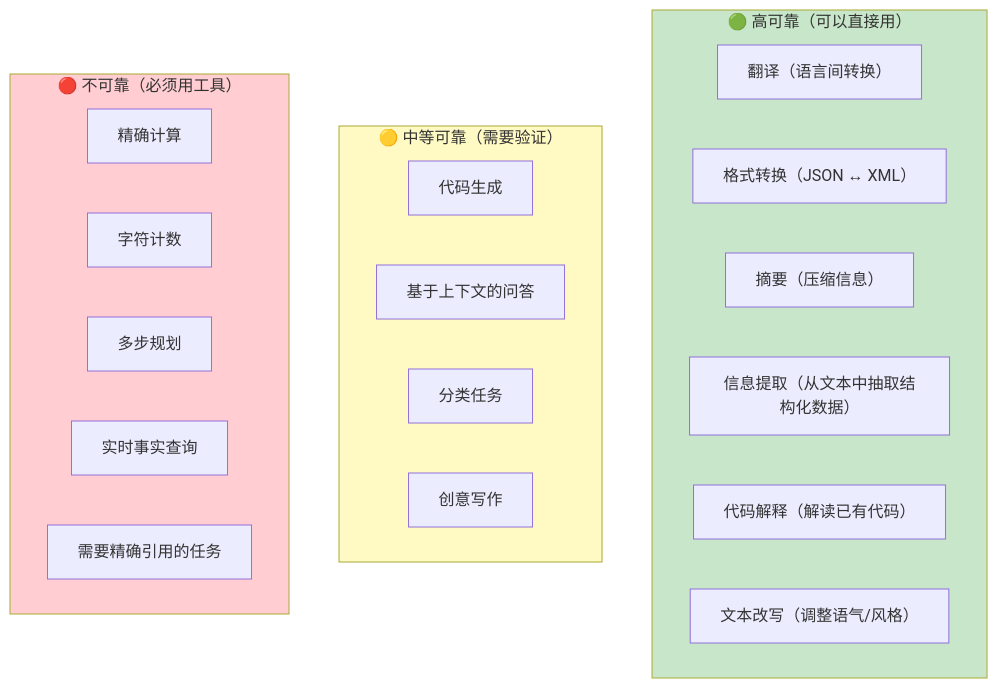
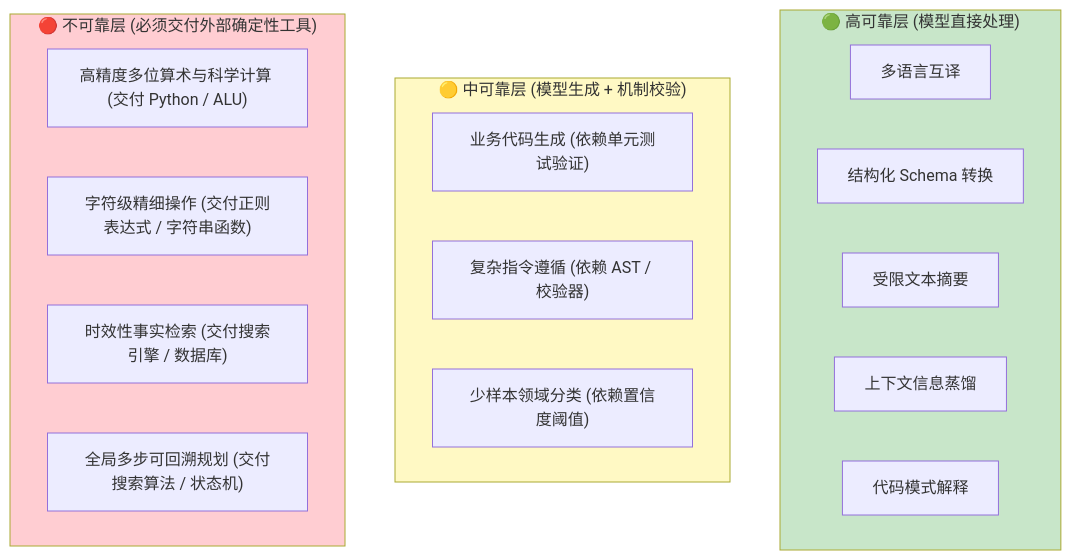
One commit to yingwang/thinking-in-llm changed the seventh of 9 diagrams in chapters/06-limitations.md. Above: the diagram before and after it, drawn with Mermaid. The commit also changed other lines of this file and 31 other files, not shown here.

````diff
--- a/chapters/06-limitations.md
+++ b/chapters/06-limitations.md
@@ -513,30 +357,27 @@
 ```mermaid
 graph TD
-    subgraph 高可靠["🟢 高可靠（可以直接用）"]
-        T1["翻译（语言间转换）"]
-        T2["格式转换（JSON ↔ XML）"]
-        T3["摘要（压缩信息）"]
-        T4["信息提取（从文本中抽取结构化数据）"]
-        T5["代码解释（解读已有代码）"]
-        T6["文本改写（调整语气/风格）"]
+    subgraph L1["🟢 高可靠层 (模型直接处理)"]
+        T1["多语言互译"]
+        T2["结构化 Schema 转换"]
+        T3["受限文本摘要"]
+        T4["上下文信息蒸馏"]
+        T5["代码模式解释"]
     end
     
-    subgraph 中可靠["🟡 中等可靠（需要验证）"]
-        T7["代码生成"]
-        T8["基于上下文的问答"]
-        T9["分类任务"]
-        T10["创意写作"]
+    subgraph L2["🟡 中可靠层 (模型生成 + 机制校验)"]
+        T6["业务代码生成 (依赖单元测试验证)"]
+        T7["复杂指令遵循 (依赖 AST / 校验器)"]
+        T8["少样本领域分类 (依赖置信度阈值)"]
     end
     
-    subgraph 低可靠["🔴 不可靠（必须用工具）"]
-        T11["精确计算"]
-        T12["字符计数"]
-        T13["多步规划"]
-        T14["实时事实查询"]
-        T15["需要精确引用的任务"]
+    subgraph L3["🔴 不可靠层 (必须交付外部确定性工具)"]
+        T9["高精度多位算术与科学计算 (交付 Python / ALU)"]
+        T10["字符级精细操作 (交付正则表达式 / 字符串函数)"]
+        T11["时效性事实检索 (交付搜索引擎 / 数据库)"]
+        T12["全局多步可回溯规划 (交付搜索算法 / 状态机)"]
     end
     
-    style 高可靠 fill:#c8e6c9
-    style 中可靠 fill:#fff9c4
-    style 低可靠 fill:#ffcdd2
+    style L1 fill:#c8e6c9
+    style L2 fill:#fff9c4
+    style L3 fill:#ffcdd2
 ```
````
